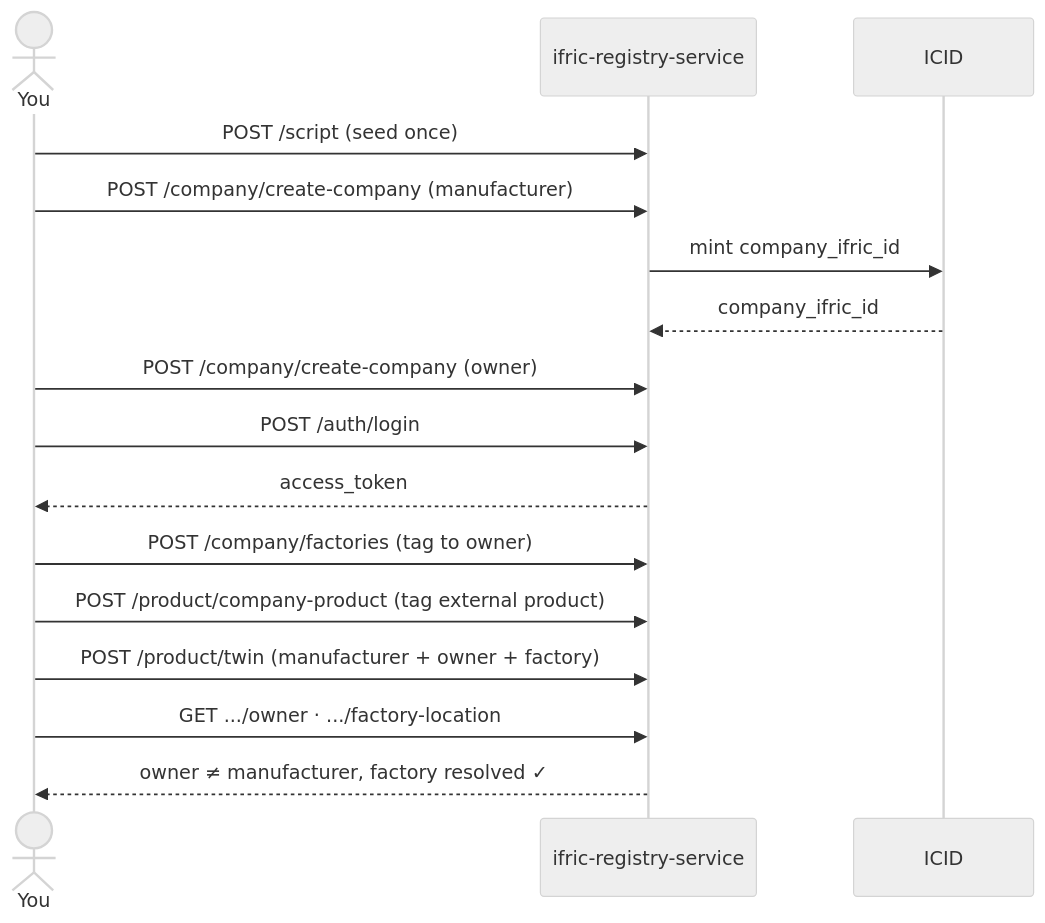
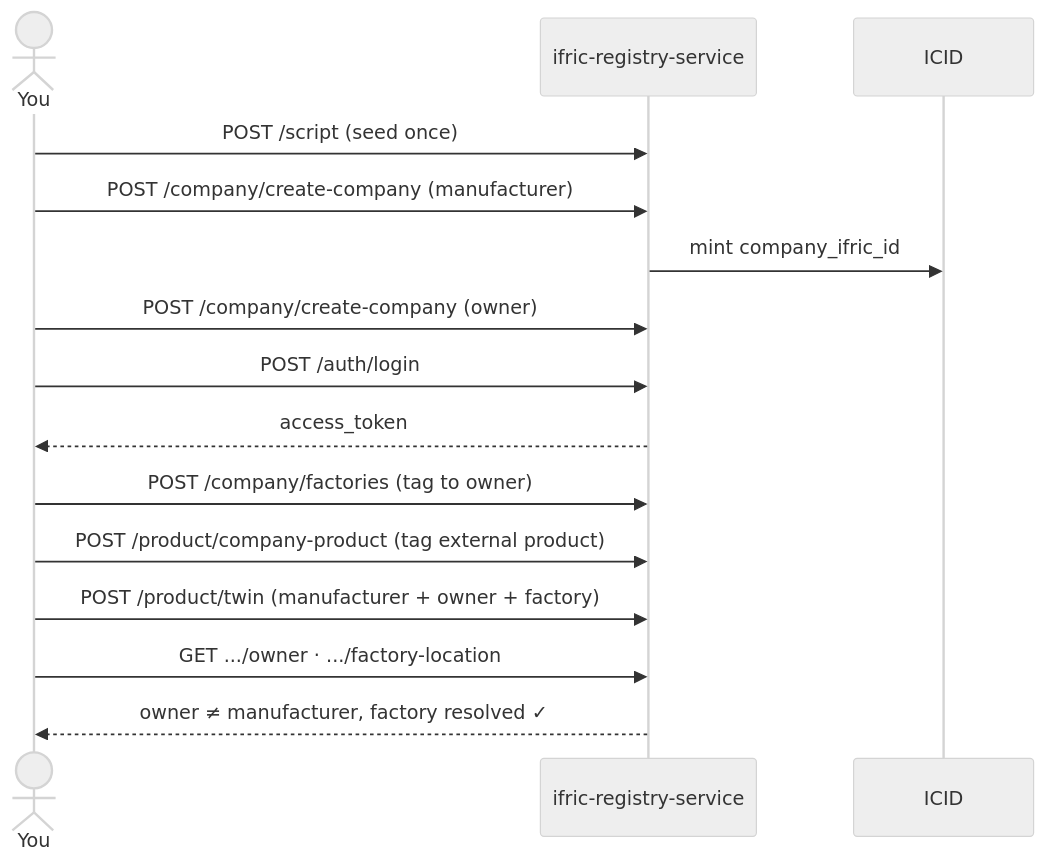
The second of 2 diagrams in README.md (IndustryFusion/ifric-registry-service-oss), drawn with Mermaid (neutral theme) before and after one commit. The commit also changed other lines of this file and 1 other file, not shown here.

````diff
--- a/README.md
+++ b/README.md
@@ -132,19 +112,18 @@
 ```mermaid
 sequenceDiagram
     actor You
     participant App as ifric-registry-service
     participant ICID
 
     You->>App: POST /script (seed once)
     You->>App: POST /company/create-company (manufacturer)
     App->>ICID: mint company_ifric_id
-    ICID-->>App: company_ifric_id
     You->>App: POST /company/create-company (owner)
     You->>App: POST /auth/login
     App-->>You: access_token
     You->>App: POST /company/factories (tag to owner)
     You->>App: POST /product/company-product (tag external product)
     You->>App: POST /product/twin (manufacturer + owner + factory)
     You->>App: GET .../owner · .../factory-location
     App-->>You: owner ≠ manufacturer, factory resolved ✓
 ```
````
